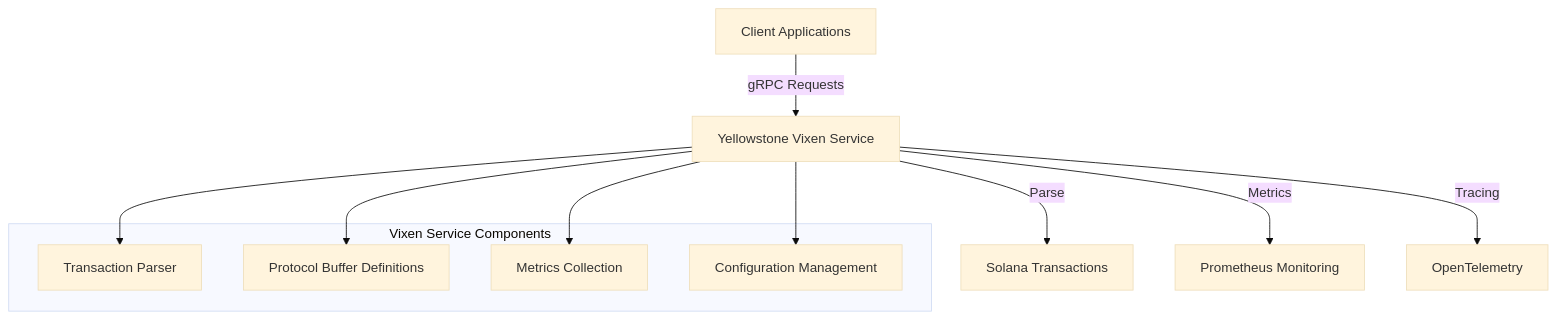
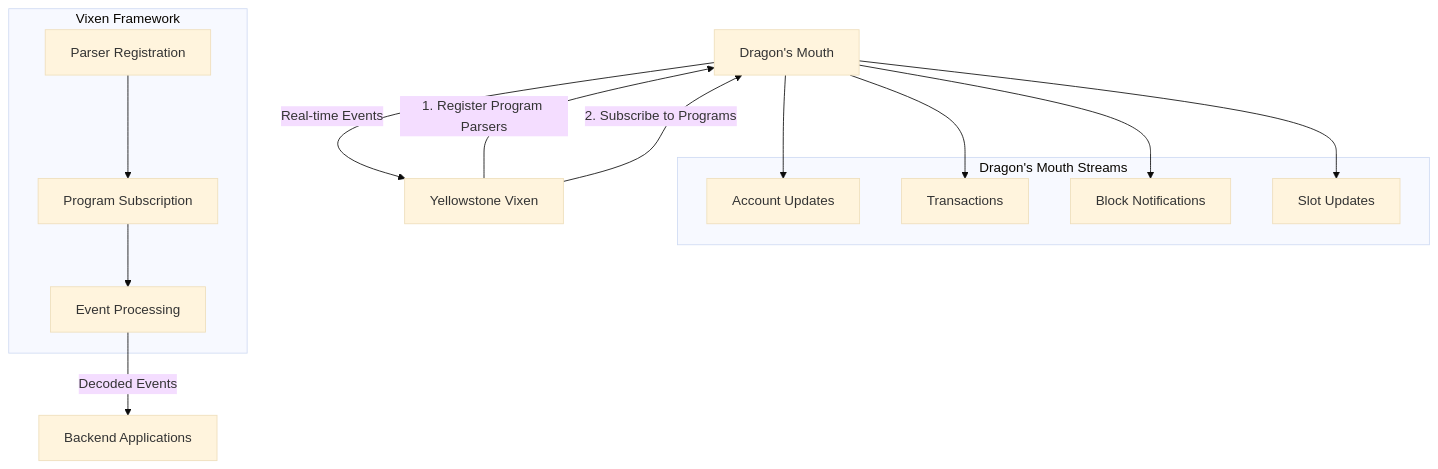
One commit to rpcpool/yellowstone-vixen changed the first of 2 diagrams in docs/onboarding/01-project-overview.md. Above: the diagram before and after it, drawn with Mermaid (base theme). The commit also changed other lines of this file and 1 other file, not shown here.

````diff
--- a/docs/onboarding/01-project-overview.md
+++ b/docs/onboarding/01-project-overview.md
@@ -8,19 +15,29 @@
 ```mermaid
 graph TB
-    Client[Client Applications] -->|gRPC Requests| Vixen[Yellowstone Vixen Service]
-    Vixen -->|Parse| Transactions[Solana Transactions]
-    Vixen -->|Metrics| Prometheus[Prometheus Monitoring]
-    Vixen -->|Tracing| OpenTelemetry[OpenTelemetry]
+    DragonsMouth[Dragon's Mouth] -->|Real-time Events| Vixen[Yellowstone Vixen]
     
-    subgraph "Vixen Service Components"
-        Parser[Transaction Parser]
-        ProtoGen[Protocol Buffer Definitions]
-        Metrics[Metrics Collection]
-        Config[Configuration Management]
+    subgraph "Dragon's Mouth Streams"
+        AccountWrites[Account Updates]
+        Transactions[Transactions]
+        Blocks[Block Notifications]
+        Slots[Slot Updates]
     end
-
-    Vixen --> Parser
-    Vixen --> ProtoGen
-    Vixen --> Metrics
-    Vixen --> Config
+    
+    subgraph "Vixen Framework"
+        Registration[Parser Registration]
+        Subscription[Program Subscription]
+        Processing[Event Processing]
+        
+        Registration --> Subscription
+        Subscription --> Processing
+    end
+    
+    DragonsMouth --> AccountWrites
+    DragonsMouth --> Transactions
+    DragonsMouth --> Blocks
+    DragonsMouth --> Slots
+    
+    Vixen -->|1. Register Program Parsers| DragonsMouth
+    Vixen -->|2. Subscribe to Programs| DragonsMouth
+    Processing -->|Decoded Events| Applications[Backend Applications]
 ```
````
